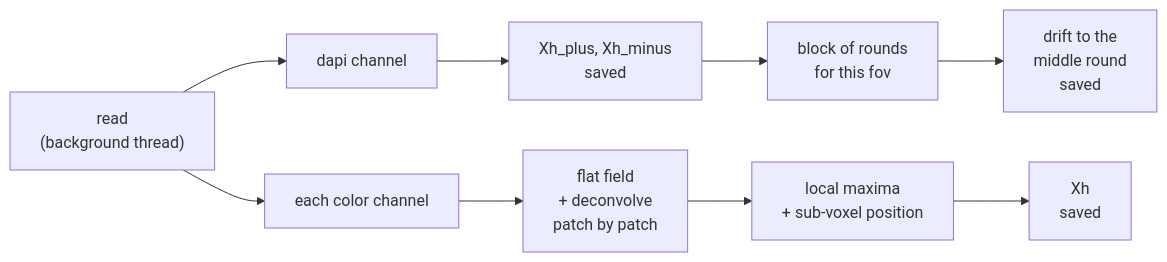
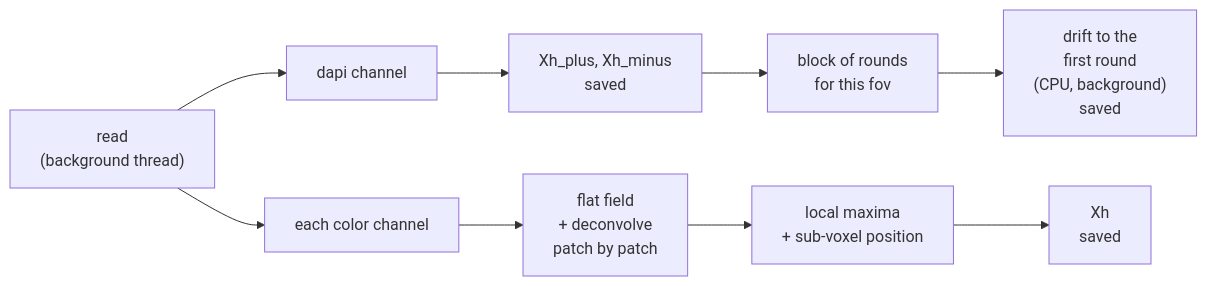
The second of 2 diagrams in docs/pipeline.md (AllenInstitute/MERMAKE), drawn with Mermaid before and after one commit. The commit also changed other lines of this file and 10 other files, not shown here.

First line of the commit message:
Drift on the CPU relative to round 1; drop the dapi norm temporary

````diff
--- a/docs/pipeline.md
+++ b/docs/pipeline.md
@@ -23,11 +23,11 @@
 ```mermaid
 graph LR;
     R["read<br/>(background thread)"] --> D["dapi channel"];
     D --> DS["Xh_plus, Xh_minus<br/>saved"];
     R --> C["each color channel"];
     C --> F["flat field<br/>+ deconvolve<br/>patch by patch"];
     F --> M["local maxima<br/>+ sub-voxel position"];
     M --> CS["Xh<br/>saved"];
     DS --> B["block of rounds<br/>for this fov"];
-    B --> DR["drift to the<br/>middle round<br/>saved"];
+    B --> DR["drift to the<br/>first round<br/>(CPU, background)<br/>saved"];
 ```
````
